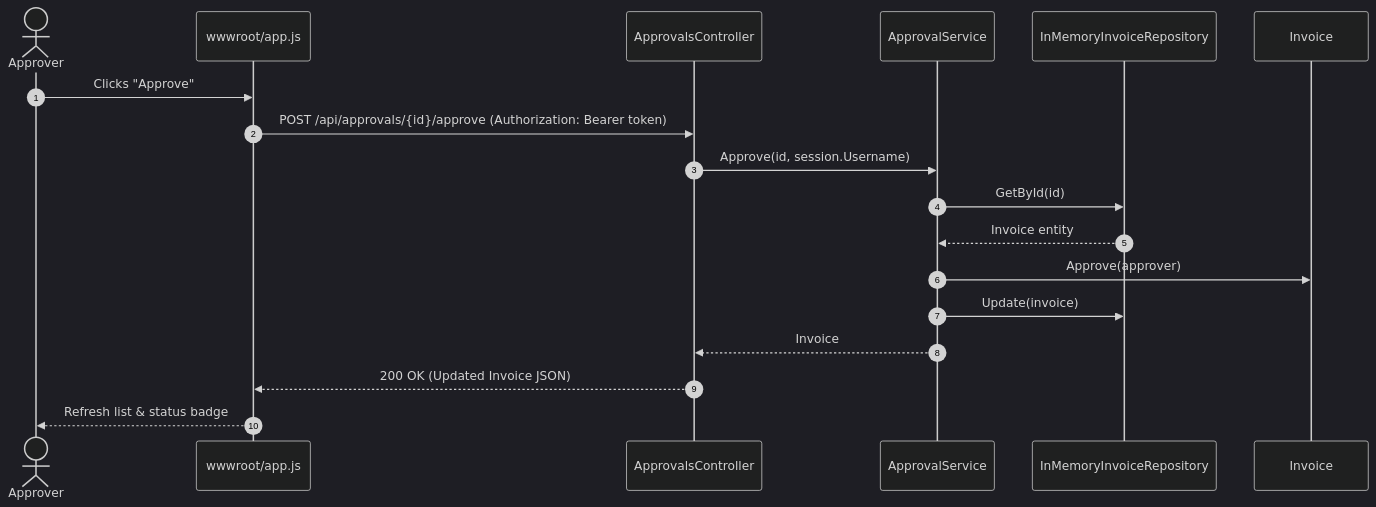
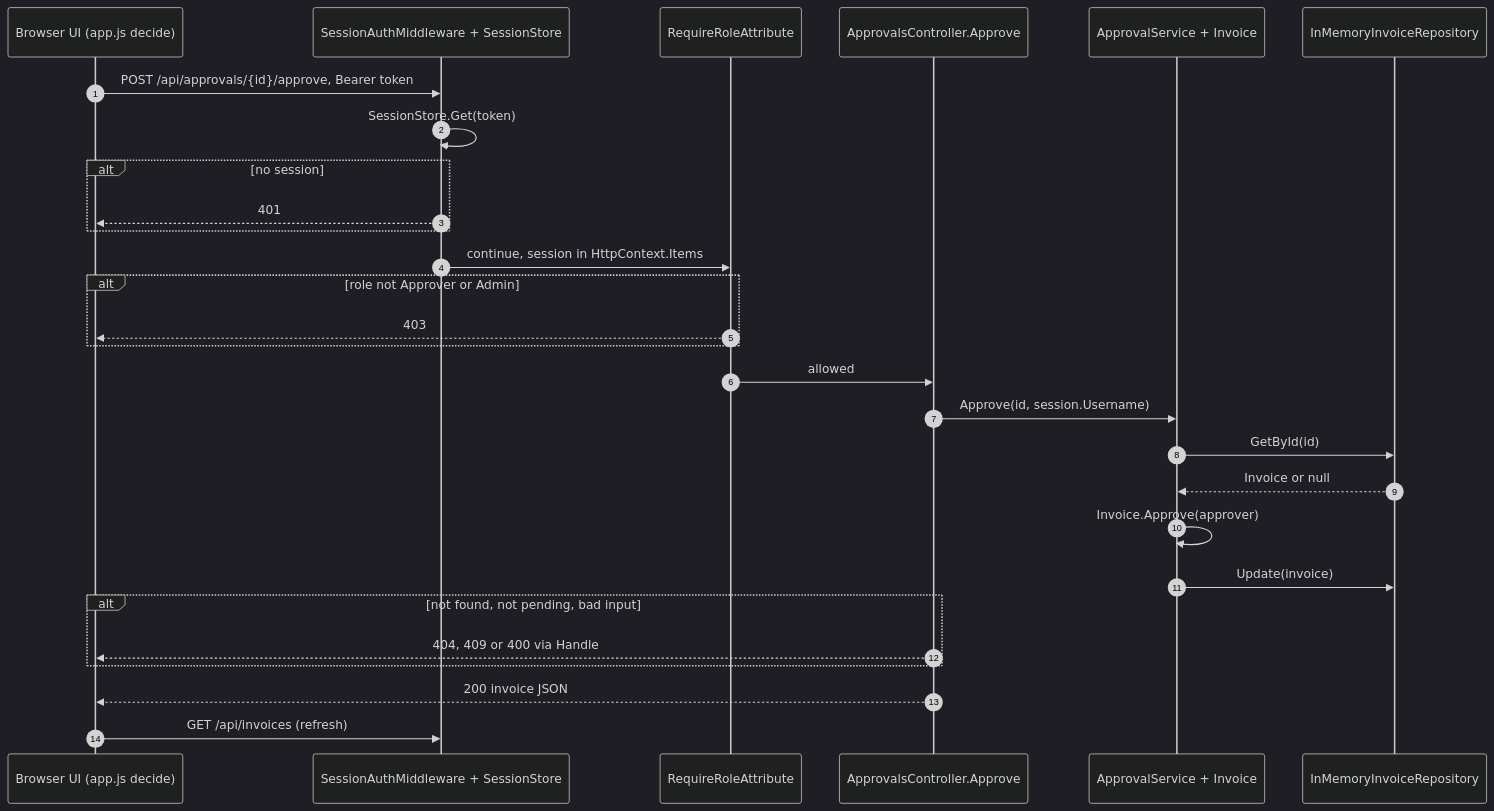
One commit to iamtheashish480/Ashish_3162696 changed the second of 3 diagrams in docs/architecture/as-built-and-target-diagrams.md. Above: the diagram before and after it, drawn with Mermaid (dark theme). The commit also changed other lines of this file and 14 other files, not shown here.

````diff
--- a/docs/architecture/as-built-and-target-diagrams.md
+++ b/docs/architecture/as-built-and-target-diagrams.md
@@ -60,21 +62,30 @@
 ```mermaid
 sequenceDiagram
     autonumber
-    actor User as Approver
-    participant UI as wwwroot/app.js
-    participant Ctrl as ApprovalsController
-    participant Svc as ApprovalService
+    participant UI as Browser UI (app.js decide)
+    participant Mw as SessionAuthMiddleware + SessionStore
+    participant Role as RequireRoleAttribute
+    participant Ctrl as ApprovalsController.Approve
+    participant Svc as ApprovalService + Invoice
     participant Repo as InMemoryInvoiceRepository
-    participant Model as Invoice
-
-    User->>UI: Clicks "Approve"
-    UI->>Ctrl: POST /api/approvals/{id}/approve (Authorization: Bearer token)
+    UI->>Mw: POST /api/approvals/{id}/approve, Bearer token
+    Mw->>Mw: SessionStore.Get(token)
+    alt no session
+        Mw-->>UI: 401
+    end
+    Mw->>Role: continue, session in HttpContext.Items
+    alt role not Approver or Admin
+        Role-->>UI: 403
+    end
+    Role->>Ctrl: allowed
     Ctrl->>Svc: Approve(id, session.Username)
     Svc->>Repo: GetById(id)
-    Repo-->>Svc: Invoice entity
-    Svc->>Model: Approve(approver)
+    Repo-->>Svc: Invoice or null
+    Svc->>Svc: Invoice.Approve(approver)
     Svc->>Repo: Update(invoice)
-    Svc-->>Ctrl: Invoice
-    Ctrl-->>UI: 200 OK (Updated Invoice JSON)
-    UI-->>User: Refresh list & status badge
+    alt not found, not pending, bad input
+        Ctrl-->>UI: 404, 409 or 400 via Handle
+    end
+    Ctrl-->>UI: 200 invoice JSON
+    UI->>Mw: GET /api/invoices (refresh)
 ```
````
